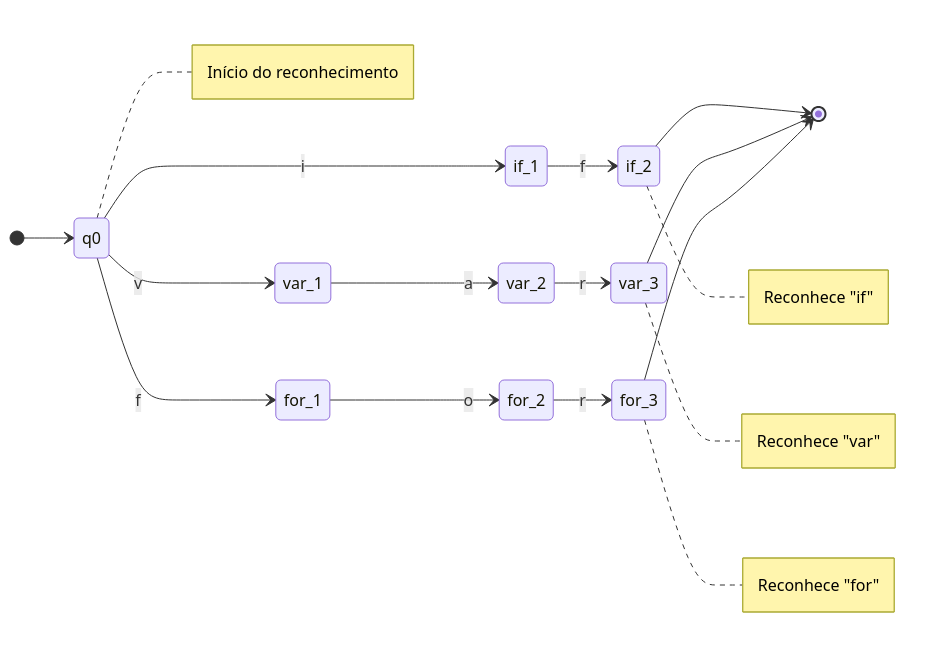
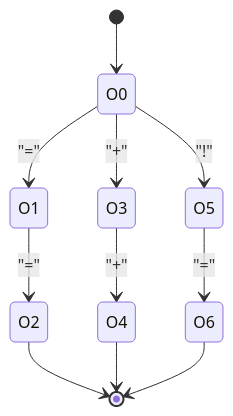
Before and after one commit to Raul-Mozart/Linguagem_SimplePoo: the eighth of 12 diagrams in docs/diagramas/afd_final.md, drawn with Mermaid. The commit also changed other lines of this file and 59 other files, not shown here.

````diff
--- a/docs/diagramas/afd_final.md
+++ b/docs/diagramas/afd_final.md
@@ -158,25 +119,13 @@
 ```mermaid
 stateDiagram-v2
-    direction LR
-    
-    [*] --> q0
-    
-    q0 --> if_1: i
-    if_1 --> if_2: f
-    if_2 --> [*]
-    
-    q0 --> var_1: v
-    var_1 --> var_2: a
-    var_2 --> var_3: r
-    var_3 --> [*]
-    
-    q0 --> for_1: f
-    for_1 --> for_2: o
-    for_2 --> for_3: r
-    for_3 --> [*]
-    
-    note right of q0: Início do reconhecimento
-    note right of if_2: Reconhece "if"
-    note right of var_3: Reconhece "var"
-    note right of for_3: Reconhece "for"
+    [*] --> O0
+    O0 --> O1: "="
+    O1 --> O2: "="
+    O2 --> [*]
+    O0 --> O3: "+"
+    O3 --> O4: "+"
+    O4 --> [*]
+    O0 --> O5: "!"
+    O5 --> O6: "="
+    O6 --> [*]
 ```
````
